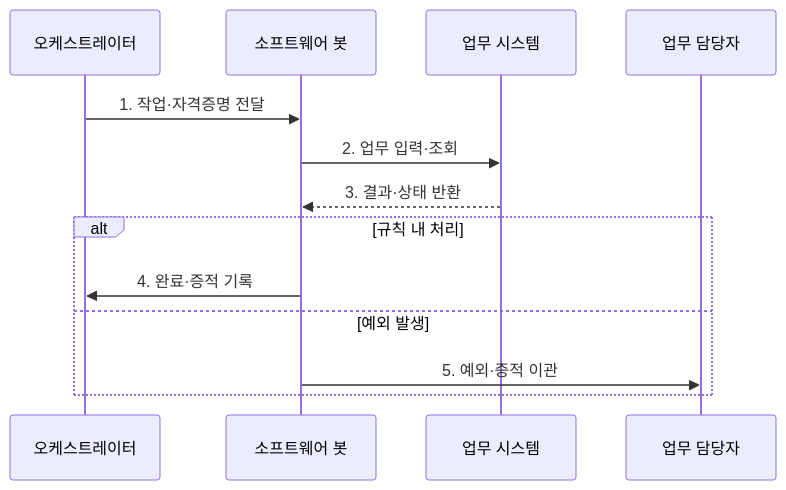
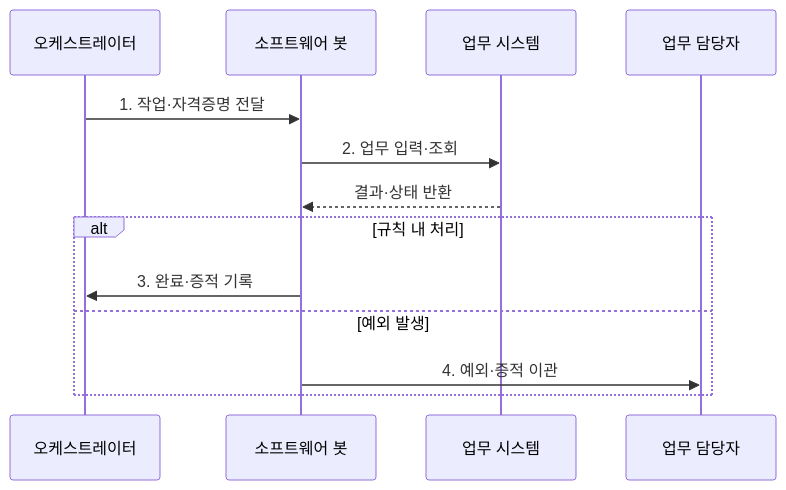
One commit to agnusdei1207/knowledge-base changed the second of 2 diagrams in src/content/docs/notes/03-software/209_rpa.md. Above: the diagram before and after it, drawn with Mermaid. The commit also changed other lines of this file and 20 other files, not shown here.

````diff
--- a/src/content/docs/notes/03-software/209_rpa.md
+++ b/src/content/docs/notes/03-software/209_rpa.md
@@ -82,16 +84,16 @@
 ```mermaid
 sequenceDiagram
     participant O as 오케스트레이터
     participant B as 소프트웨어 봇
     participant S as 업무 시스템
     participant H as 업무 담당자
     O->>B: 1. 작업·자격증명 전달
     B->>S: 2. 업무 입력·조회
-    S-->>B: 3. 결과·상태 반환
+    S-->>B: 결과·상태 반환
     alt 규칙 내 처리
-        B->>O: 4. 완료·증적 기록
+        B->>O: 3. 완료·증적 기록
     else 예외 발생
-        B->>H: 5. 예외·증적 이관
+        B->>H: 4. 예외·증적 이관
 
     end
 ```
````
